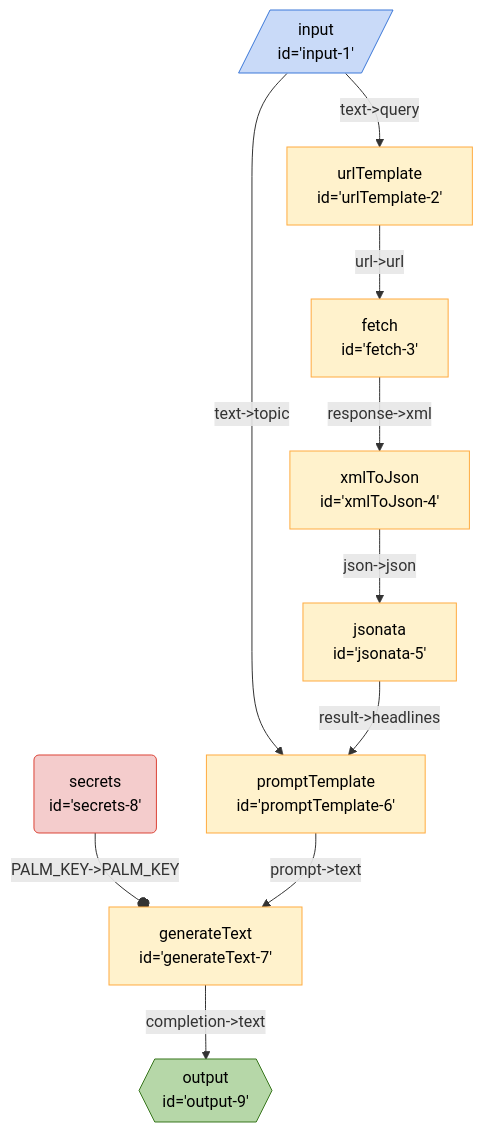
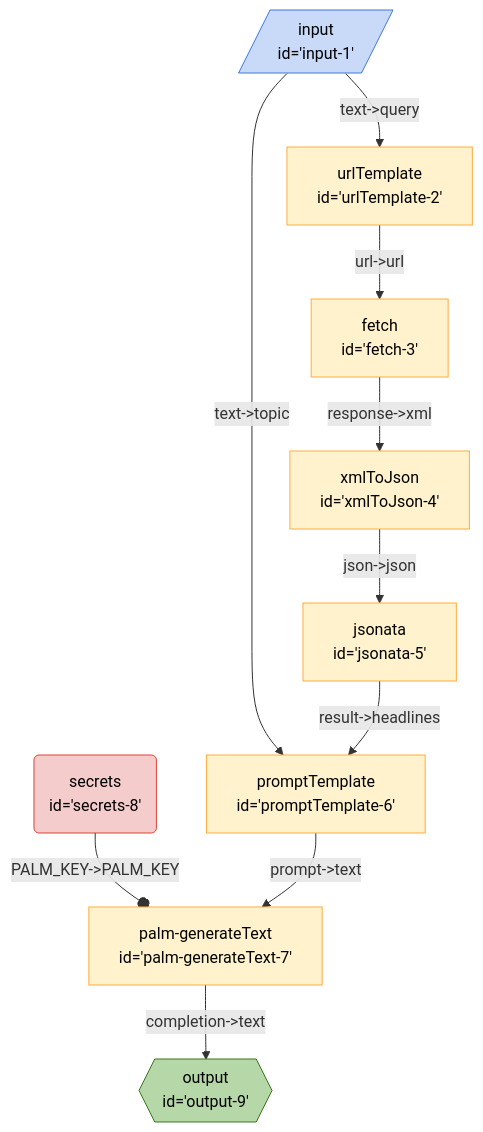
Before and after one commit to breadboard-ai/breadboard: the diagram in seeds/graph-playground/docs/graphs/google-news.md, drawn with Mermaid. The commit also changed 55 other files, not shown here.

````diff
--- a/seeds/graph-playground/docs/graphs/google-news.md
+++ b/seeds/graph-playground/docs/graphs/google-news.md
@@ -5,21 +5,21 @@
   ```mermaid
   %%{init: 'themeVariables': { 'fontFamily': 'Fira Code, monospace' }}%%
 graph TD;
 input1[/"input <br> id='input-1'"/]:::input -- "text->topic" --> promptTemplate6["promptTemplate <br> id='promptTemplate-6'"]
-secrets8("secrets <br> id='secrets-8'"):::secrets -- "PALM_KEY->PALM_KEY" --o generateText7["generateText <br> id='generateText-7'"]
-generateText7["generateText <br> id='generateText-7'"] -- "completion->text" --> output9{{"output <br> id='output-9'"}}:::output
-promptTemplate6["promptTemplate <br> id='promptTemplate-6'"] -- "prompt->text" --> generateText7["generateText <br> id='generateText-7'"]
+secrets8("secrets <br> id='secrets-8'"):::secrets -- "PALM_KEY->PALM_KEY" --o palmgenerateText7["palm-generateText <br> id='palm-generateText-7'"]
+palmgenerateText7["palm-generateText <br> id='palm-generateText-7'"] -- "completion->text" --> output9{{"output <br> id='output-9'"}}:::output
+promptTemplate6["promptTemplate <br> id='promptTemplate-6'"] -- "prompt->text" --> palmgenerateText7["palm-generateText <br> id='palm-generateText-7'"]
 jsonata5["jsonata <br> id='jsonata-5'"] -- "result->headlines" --> promptTemplate6["promptTemplate <br> id='promptTemplate-6'"]
 xmlToJson4["xmlToJson <br> id='xmlToJson-4'"] -- "json->json" --> jsonata5["jsonata <br> id='jsonata-5'"]
 fetch3["fetch <br> id='fetch-3'"] -- "response->xml" --> xmlToJson4["xmlToJson <br> id='xmlToJson-4'"]
 urlTemplate2["urlTemplate <br> id='urlTemplate-2'"] -- "url->url" --> fetch3["fetch <br> id='fetch-3'"]
 input1[/"input <br> id='input-1'"/]:::input -- "text->query" --> urlTemplate2["urlTemplate <br> id='urlTemplate-2'"]
 classDef default stroke:#ffab40,fill:#fff2ccff,color:#000
 classDef input stroke:#3c78d8,fill:#c9daf8ff,color:#000
 classDef output stroke:#38761d,fill:#b6d7a8ff,color:#000
 classDef passthrough stroke:#a64d79,fill:#ead1dcff,color:#000
 classDef slot stroke:#a64d79,fill:#ead1dcff,color:#000
 classDef config stroke:#a64d79,fill:#ead1dcff,color:#000
 classDef secrets stroke:#db4437,fill:#f4cccc,color:#000
 classDef slotted stroke:#a64d79
   ```
````
